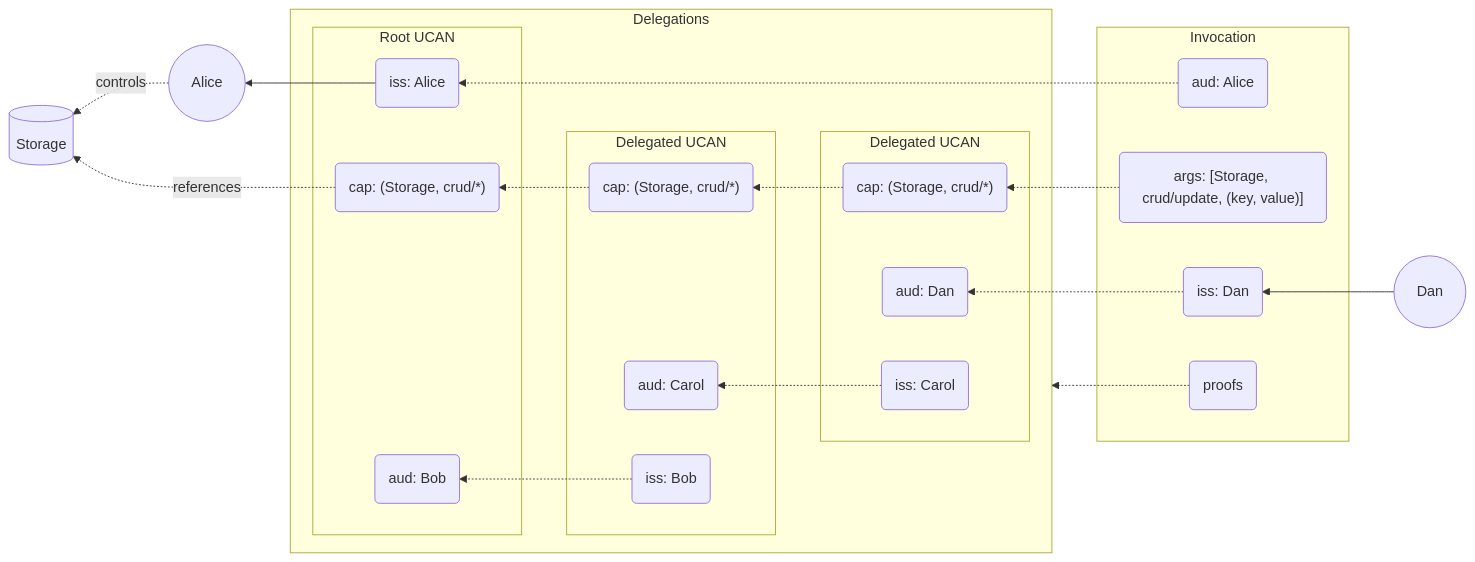
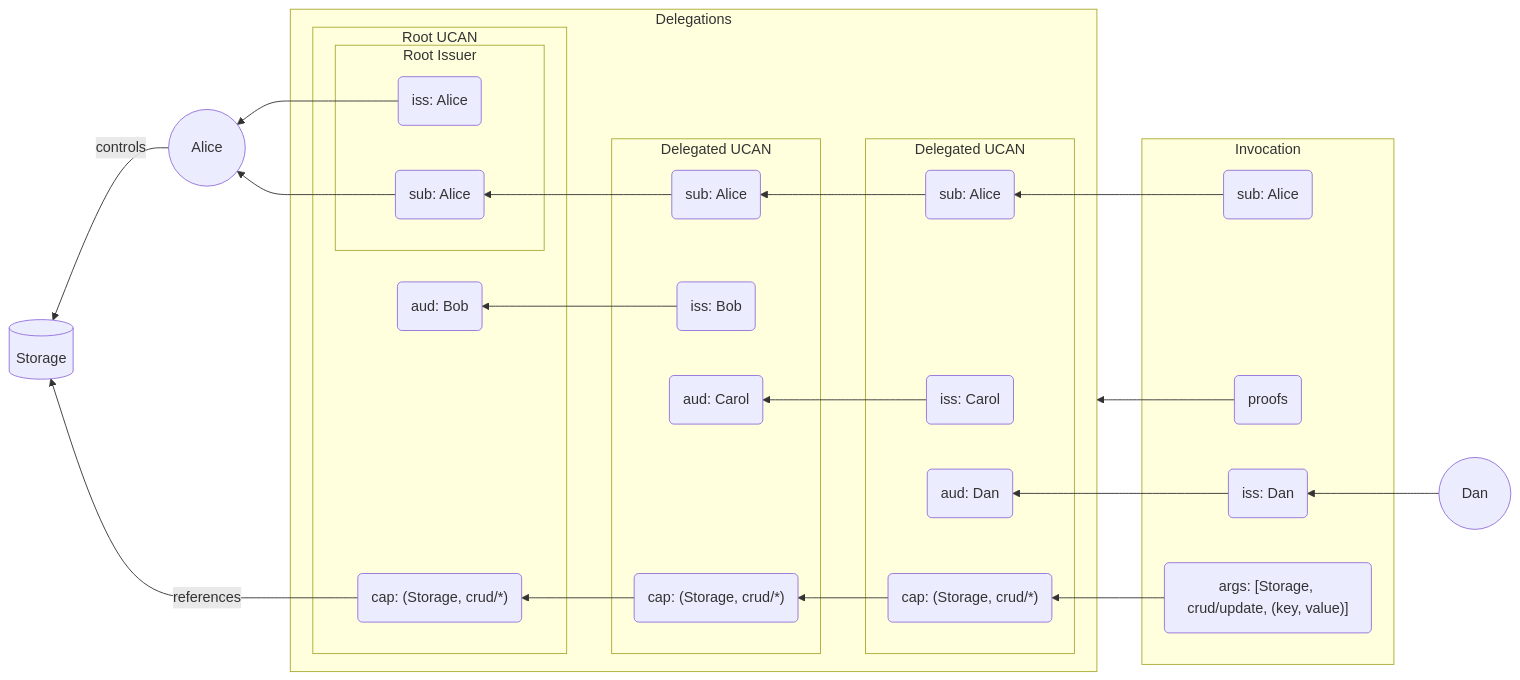
One commit to ucan-wg/delegation changed the second of 2 diagrams in README.md. Above: the diagram before and after it, drawn with Mermaid.

````diff
--- a/README.md
+++ b/README.md
@@ -698,41 +698,54 @@
 ``` mermaid
 flowchart RL
     invoker((&nbsp&nbsp&nbsp&nbspDan&nbsp&nbsp&nbsp&nbsp))
-    subject((&nbsp&nbsp&nbsp&nbspAlice&nbsp&nbsp&nbsp&nbsp)) -. controls .-> resource[(Storage)]
+    subject((&nbsp&nbsp&nbsp&nbspAlice&nbsp&nbsp&nbsp&nbsp))
 
-    rootCap -. references .-> resource
+    subject -- controls --> resource[(Storage)]
+    rootCap -- references --> resource
 
     subgraph Delegations
-    subgraph root [Root UCAN]
-        rootIss(iss: Alice)
-        rootAud(aud: Bob)
-        rootCap("cap: (Storage, crud/*)")
-    end
+        subgraph root [Root UCAN]
+            subgraph rooting [Root Issuer]
+                rootIss(iss: Alice)
+                rootSub(sub: Alice)
+            end
 
-    subgraph del1 [Delegated UCAN]
-        del1Iss(iss: Bob) -.-> rootAud
-        del1Aud(aud: Carol)
-        del1Cap("cap: (Storage, crud/*)") -.-> rootCap
-    end
+            rootCap("cap: (Storage, crud/*)")
+            rootAud(aud: Bob)
+        end
 
-    subgraph del2 [Delegated UCAN]
-        del2Iss(iss: Carol) -.-> del1Aud
-        del2Aud(aud: Dan)
-        del2Cap("cap: (Storage, crud/*)") -.-> del1Cap
-    end
+        subgraph del1 [Delegated UCAN]
+            del1Iss(iss: Bob) --> rootAud
+            del1Sub(sub: Alice)
+            del1Aud(aud: Carol)
+            del1Cap("cap: (Storage, crud/*)") --> rootCap
+
+
+            del1Sub --> rootSub
+        end
+
+        subgraph del2 [Delegated UCAN]
+            del2Iss(iss: Carol) --> del1Aud
+            del2Sub(sub: Alice)
+            del2Aud(aud: Dan)
+            del2Cap("cap: (Storage, crud/*)") --> del1Cap
+
+            del2Sub --> del1Sub
+        end
     end
 
      subgraph inv [Invocation]
         invIss(iss: Dan)
-        invAud(aud: Alice)
         args("args: [Storage, crud/update, (key, value)]")
+        invSub(sub: Alice)
         prf("proofs")
     end
 
-    invIss -.-> del2Aud
+    invIss --> del2Aud
     invoker --> invIss
-    args -.-> del2Cap
-    invAud -.-> rootIss
+    args --> del2Cap
+    invSub --> del2Sub
     rootIss --> subject
-    prf -.-> Delegations
+    rootSub --> subject
+    prf --> Delegations
 ```
````
